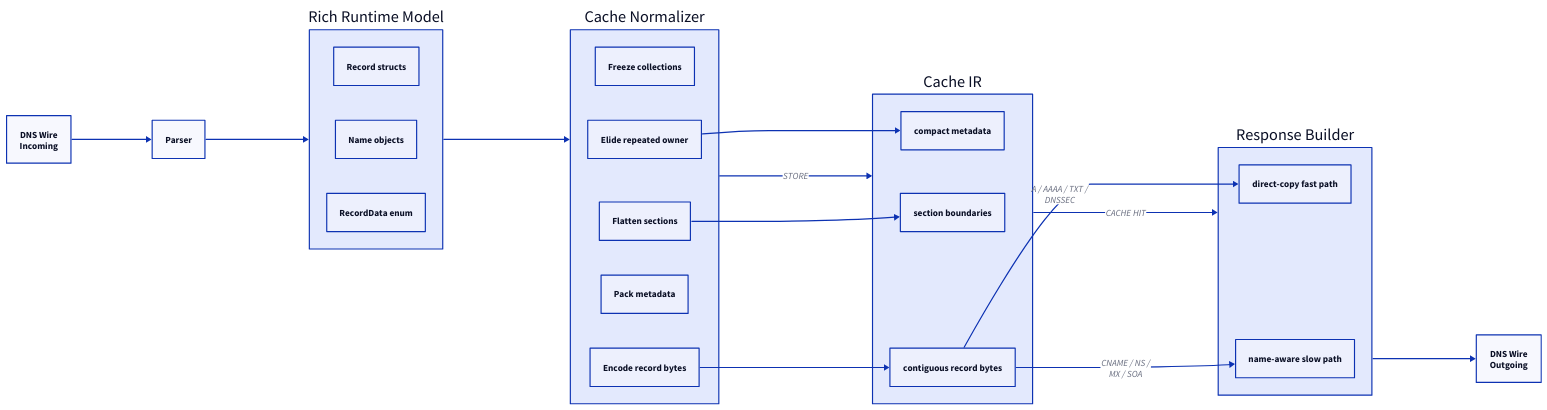
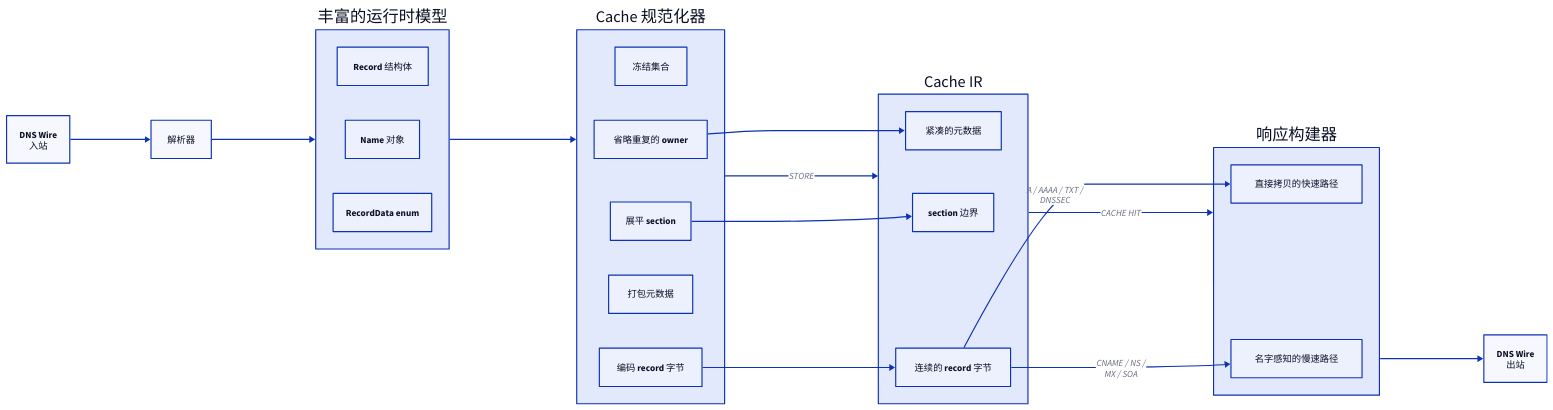
Diagram 11 of 11 in content/posts/how-cloudflare-1111-saved-100-tb-of-memory-by-refactoring-dns-cache-memory-layout-by-chatgpt-mh23d.md (Disdjj/blog), drawn with D2 before and after one commit. The commit also changed other lines of this file, not shown here.

````diff
--- a/content/posts/how-cloudflare-1111-saved-100-tb-of-memory-by-refactoring-dns-cache-memory-layout-by-chatgpt-mh23d.md
+++ b/content/posts/how-cloudflare-1111-saved-100-tb-of-memory-by-refactoring-dns-cache-memory-layout-by-chatgpt-mh23d.md
@@ -2291,52 +2289,52 @@
 ```d2
 direction: right
 
-network_in: "DNS Wire\nIncoming"
+network_in: "DNS Wire\n入站"
 
-parser: "Parser"
+parser: "解析器"
 
-runtime: "Rich Runtime Model" {
-  records: "Record structs"
-  names: "Name objects"
+runtime: "丰富的运行时模型" {
+  records: "Record 结构体"
+  names: "Name 对象"
   enum: "RecordData enum"
 }
 
-normalizer: "Cache Normalizer" {
-  immutable: "Freeze collections"
-  flatten: "Flatten sections"
-  owner: "Elide repeated owner"
-  flags: "Pack metadata"
-  encode: "Encode record bytes"
+normalizer: "Cache 规范化器" {
+  immutable: "冻结集合"
+  flatten: "展平 section"
+  owner: "省略重复的 owner"
+  flags: "打包元数据"
+  encode: "编码 record 字节"
 }
 
 cache_ir: "Cache IR" {
-  metadata: "compact metadata"
-  sections: "section boundaries"
-  bytes: "contiguous record bytes"
+  metadata: "紧凑的元数据"
+  sections: "section 边界"
+  bytes: "连续的 record 字节"
 }
 
-builder: "Response Builder" {
-  fast: "direct-copy fast path"
-  names: "name-aware slow path"
+builder: "响应构建器" {
+  fast: "直接拷贝的快速路径"
+  names: "名字感知的慢速路径"
 }
 
-network_out: "DNS Wire\nOutgoing"
+network_out: "DNS Wire\n出站"
 
 network_in -> parser
 parser -> runtime
 
 runtime -> normalizer
 
 normalizer -> cache_ir: "STORE"
 
 cache_ir -> builder: "CACHE HIT"
 
 builder -> network_out
 
 cache_ir.bytes -> builder.fast: "A / AAAA / TXT /\nDNSSEC"
 cache_ir.bytes -> builder.names: "CNAME / NS /\nMX / SOA"
 
 normalizer.owner -> cache_ir.metadata
 normalizer.flatten -> cache_ir.sections
 normalizer.encode -> cache_ir.bytes
 ```
````
